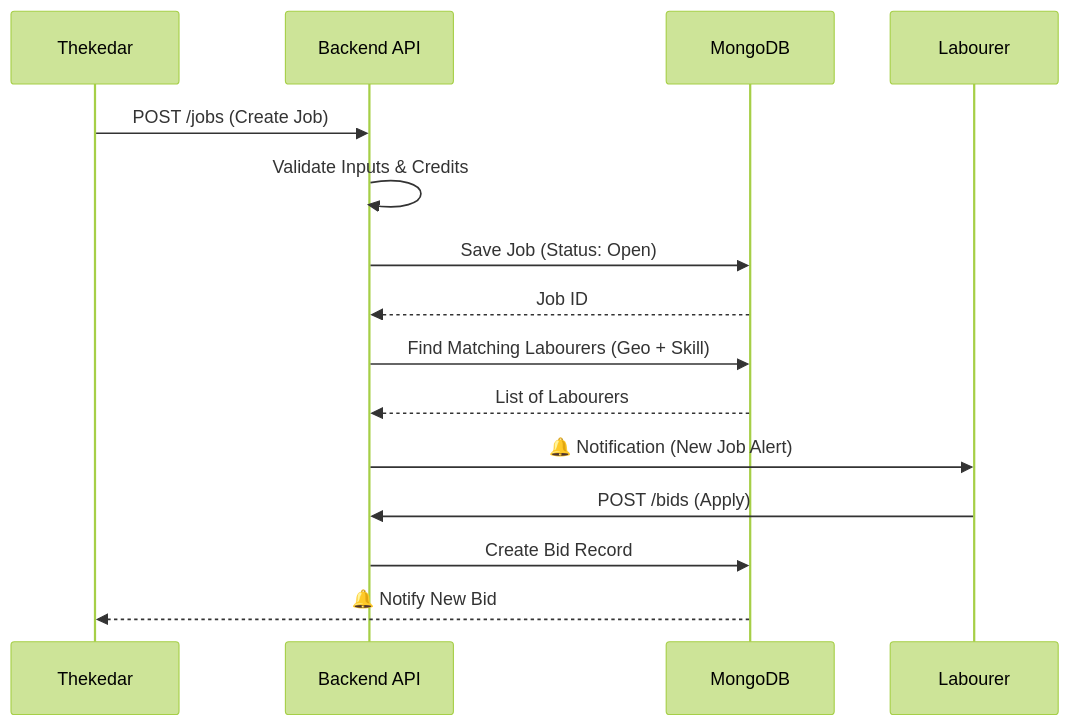
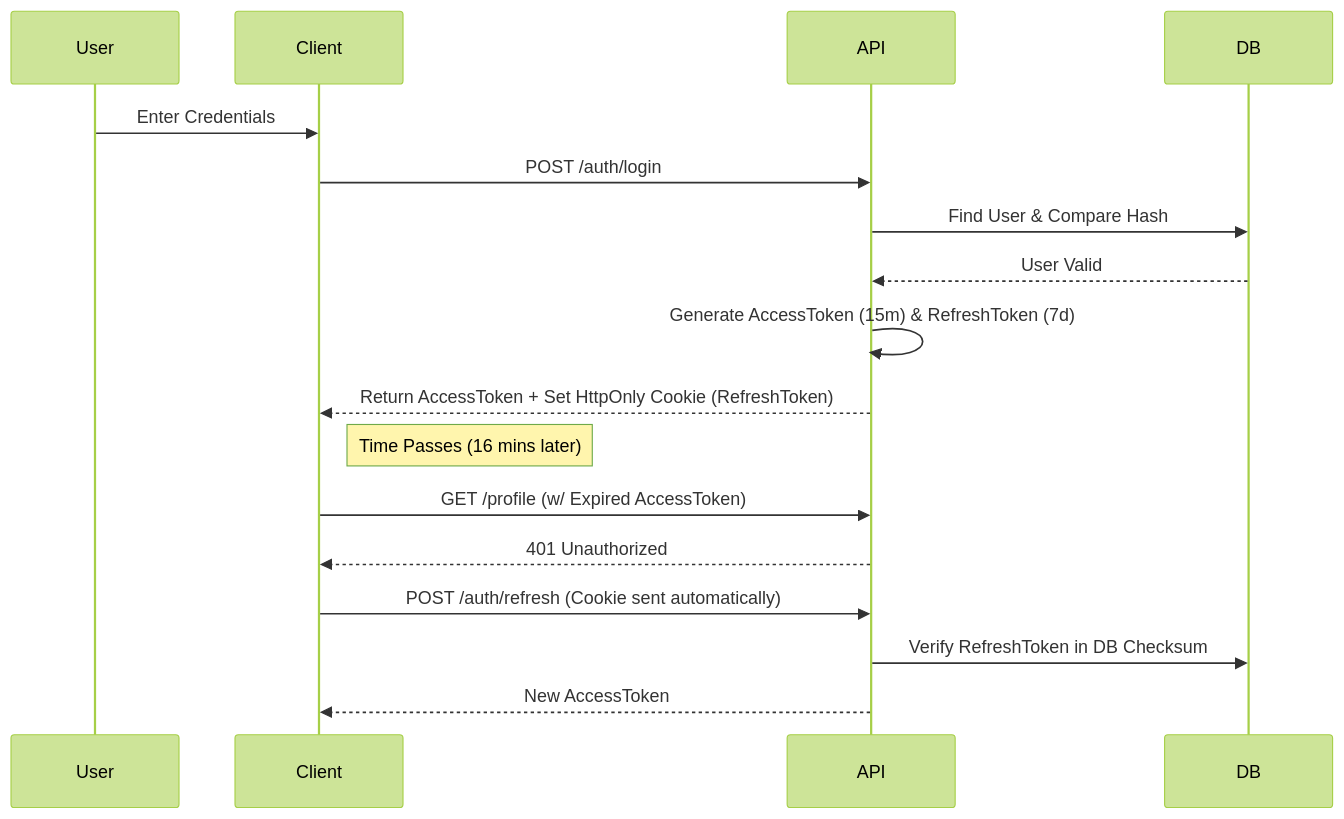
Before and after one commit to Bhaskar0001/KaamSetu: the second of 3 diagrams in KEY_ARCHITECTURE.md, drawn with Mermaid (forest theme). The commit also changed other lines of this file and 1 other file, not shown here.

Commit message:
docs: expand architecture guide and add pdf

````diff
--- a/KEY_ARCHITECTURE.md
+++ b/KEY_ARCHITECTURE.md
@@ -55,18 +99,22 @@
 ```mermaid
 sequenceDiagram
-    participant T as Thekedar
-    participant API as Backend API
-    participant DB as MongoDB
-    participant L as Labourer
+    participant User
+    participant Client
+    participant API
+    participant DB
 
-    T->>API: POST /jobs (Create Job)
-    API->>API: Validate Inputs & Credits
-    API->>DB: Save Job (Status: Open)
-    DB-->>API: Job ID
-    API->>DB: Find Matching Labourers (Geo + Skill)
-    DB-->>API: List of Labourers
-    API->>L: 🔔 Notification (New Job Alert)
-    L->>API: POST /bids (Apply)
-    API->>DB: Create Bid Record
-    DB-->>T: 🔔 Notify New Bid
+    User->>Client: Enter Credentials
+    Client->>API: POST /auth/login
+    API->>DB: Find User & Compare Hash
+    DB-->>API: User Valid
+    API->>API: Generate AccessToken (15m) & RefreshToken (7d)
+    API-->>Client: Return AccessToken + Set HttpOnly Cookie (RefreshToken)
+    
+    note right of Client: Time Passes (16 mins later)
+    
+    Client->>API: GET /profile (w/ Expired AccessToken)
+    API-->>Client: 401 Unauthorized
+    Client->>API: POST /auth/refresh (Cookie sent automatically)
+    API->>DB: Verify RefreshToken in DB Checksum
+    API-->>Client: New AccessToken
 ```
````
